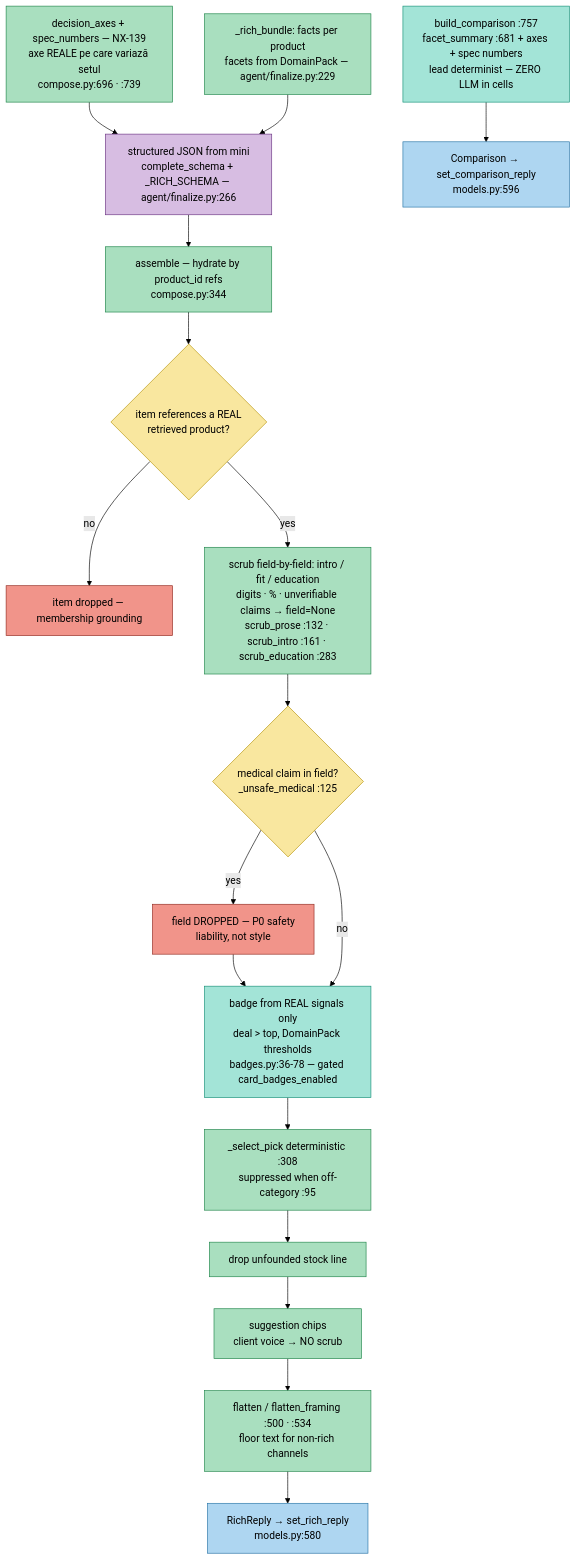
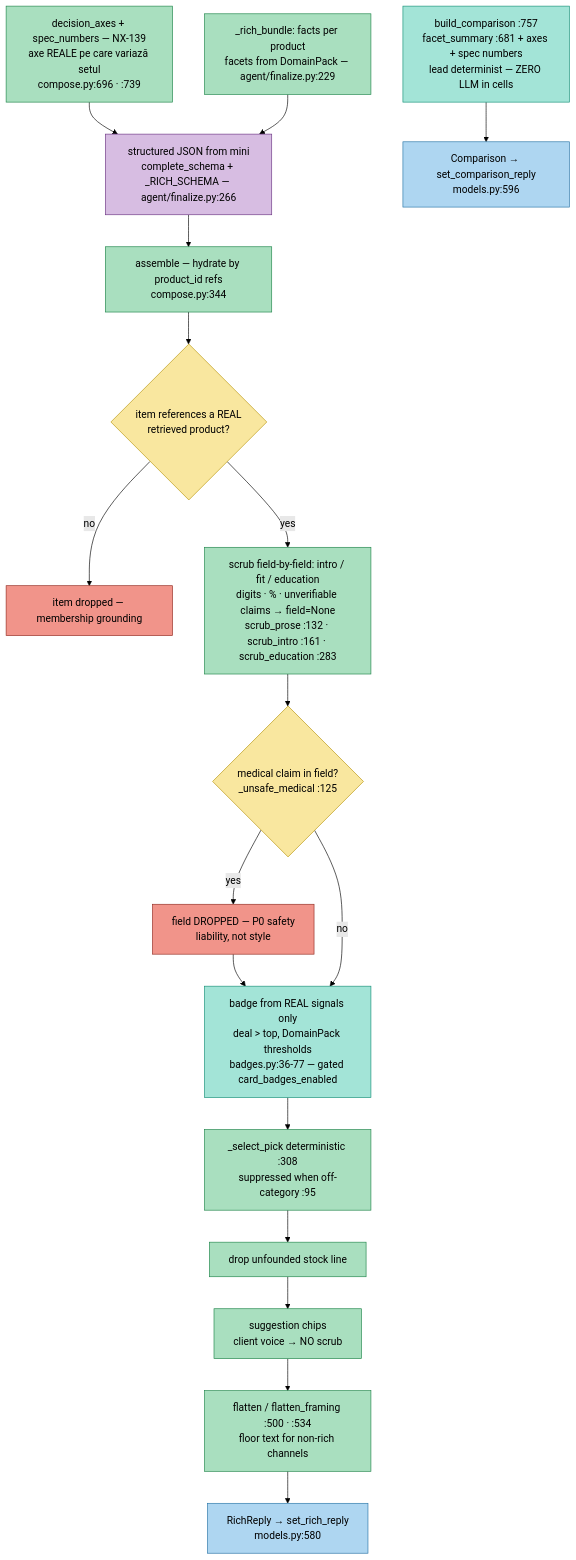
The diagram in docs/diagrams/04c-rich-composition-grounding.mmd (AdiBoaru/Sales-Ass), drawn with Mermaid (forest theme) before and after one commit. The commit also changed 89 other files, not shown here.

```diff
--- a/docs/diagrams/04c-rich-composition-grounding.mmd
+++ b/docs/diagrams/04c-rich-composition-grounding.mmd
@@ -1,43 +1,43 @@
 %% GENERAT din docs/ARCHITECTURE-WORKFLOWS.md — nu edita doar aici.
 %% Regenerare: python scripts/export_diagrams.py
 %% Editare vizuală: https://mermaid.live (paste tot fișierul)
 %% Diagram 4c — Rich Composition & Grounding (compose.py — adăugată la auditul adversarial)
 flowchart TD
   classDef dec fill:#f9e79f,stroke:#b7950b,color:#000
   classDef llm fill:#d7bde2,stroke:#6c3483,color:#000
   classDef free fill:#a3e4d7,stroke:#148f77,color:#000
   classDef out fill:#aed6f1,stroke:#2874a6,color:#000
   classDef step fill:#a9dfbf,stroke:#1e8449,color:#000
   classDef err fill:#f1948a,stroke:#922b21,color:#000
 
   AXES["decision_axes + spec_numbers — NX-139<br/>axe REALE pe care variază setul<br/>compose.py:696 · :739"]:::step
   BNDL["_rich_bundle: facts per product<br/>facets from DomainPack — agent/finalize.py:229"]:::step
   JIN["structured JSON from mini<br/>complete_schema + _RICH_SCHEMA — agent/finalize.py:266"]:::llm
 
   ASM["assemble — hydrate by product_id refs<br/>compose.py:344"]:::step
   MEM{"item references a REAL<br/>retrieved product?"}:::dec
   DROPI["item dropped — membership grounding"]:::err
 
   SCRB["scrub field-by-field: intro / fit / education<br/>digits · % · unverifiable claims → field=None<br/>scrub_prose :132 · scrub_intro :161 · scrub_education :283"]:::step
   MED{"medical claim in field?<br/>_unsafe_medical :125"}:::dec
   DROPF["field DROPPED — P0 safety<br/>liability, not style"]:::err
 
-  BDG["badge from REAL signals only<br/>deal > top, DomainPack thresholds<br/>badges.py:36-78 — gated card_badges_enabled"]:::free
+  BDG["badge from REAL signals only<br/>deal > top, DomainPack thresholds<br/>badges.py:36-77 — gated card_badges_enabled"]:::free
   PICK["_select_pick deterministic :308<br/>suppressed when off-category :95"]:::step
   STK["drop unfounded stock line"]:::step
   CHIPS["suggestion chips<br/>client voice → NO scrub"]:::step
   FLAT["flatten / flatten_framing :500 · :534<br/>floor text for non-rich channels"]:::step
   OUTR["RichReply → set_rich_reply<br/>models.py:580"]:::out
 
   CMPB["build_comparison :757<br/>facet_summary :681 + axes + spec numbers<br/>lead determinist — ZERO LLM in cells"]:::free
   OUTC["Comparison → set_comparison_reply<br/>models.py:596"]:::out
 
   AXES --> JIN
   BNDL --> JIN
   JIN --> ASM --> MEM
   MEM -- no --> DROPI
   MEM -- yes --> SCRB --> MED
   MED -- yes --> DROPF --> BDG
   MED -- no --> BDG
   BDG --> PICK --> STK --> CHIPS --> FLAT --> OUTR
   CMPB --> OUTC
```
